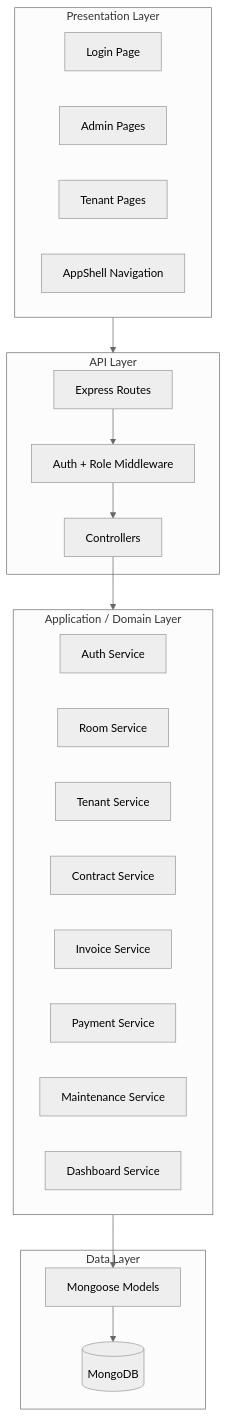
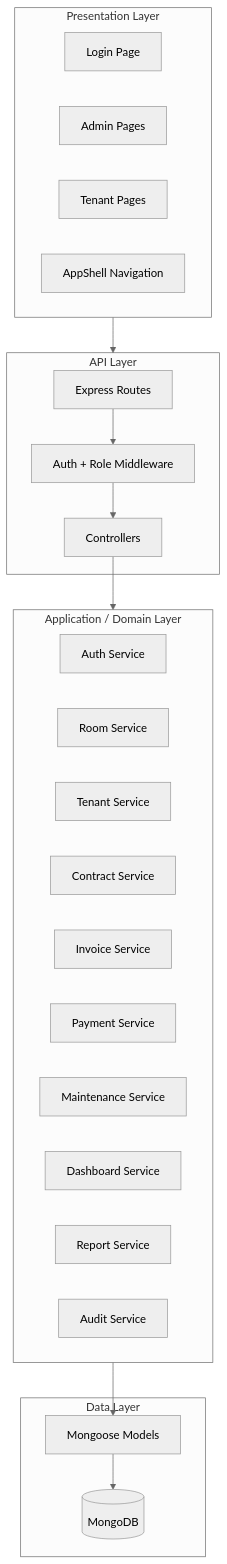
Before and after one commit to datphan3201/room-rental-management-software: the third of 21 diagrams in docs/SYSTEM_REPORT.md, drawn with Mermaid (neutral theme). The commit also changed other lines of this file and 35 other files, not shown here.

````diff
--- a/docs/SYSTEM_REPORT.md
+++ b/docs/SYSTEM_REPORT.md
@@ -341,38 +366,40 @@
 ```mermaid
 flowchart TB
   subgraph Presentation["Presentation Layer"]
     Login[Login Page]
     AdminUI[Admin Pages]
     TenantUI[Tenant Pages]
     Shell[AppShell Navigation]
   end
 
   subgraph API["API Layer"]
     Routes[Express Routes]
     Middleware[Auth + Role Middleware]
     Controllers[Controllers]
   end
 
   subgraph Domain["Application / Domain Layer"]
     AuthSvc[Auth Service]
     RoomSvc[Room Service]
     TenantSvc[Tenant Service]
     ContractSvc[Contract Service]
     InvoiceSvc[Invoice Service]
     PaymentSvc[Payment Service]
     MaintenanceSvc[Maintenance Service]
     DashboardSvc[Dashboard Service]
+    ReportSvc[Report Service]
+    AuditSvc[Audit Service]
   end
 
   subgraph Data["Data Layer"]
     Models[Mongoose Models]
     MongoDB[(MongoDB)]
   end
 
   Presentation --> API
   Routes --> Middleware
   Middleware --> Controllers
   Controllers --> Domain
   Domain --> Models
   Models --> MongoDB
 ```
````
